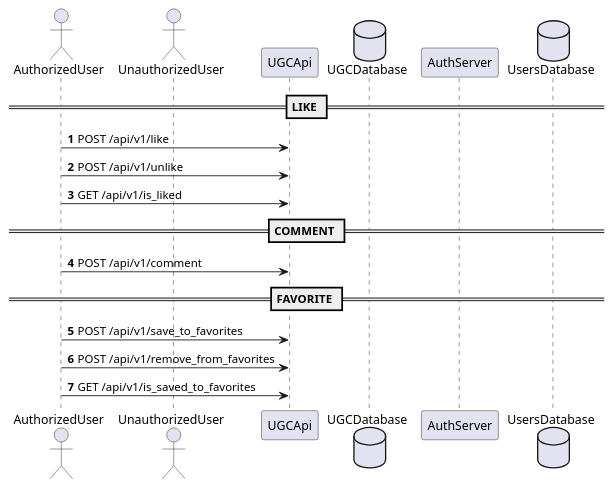
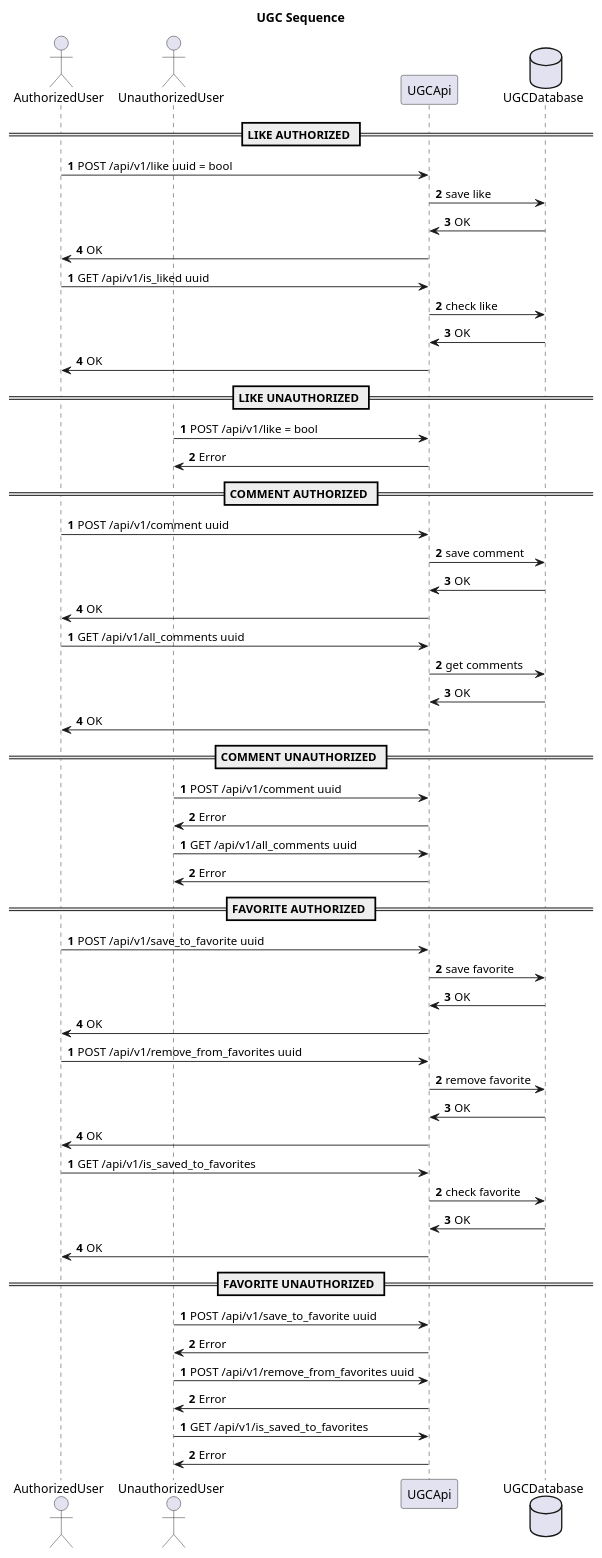
The diagram in docs/ugc-seq.puml (artwist-polyakov/Auth_sprint_1), drawn with PlantUML before and after one commit. The commit also changed 2 other files, not shown here.

Commit message:
описывает схему для ugc

```diff
--- a/docs/ugc-seq.puml
+++ b/docs/ugc-seq.puml
@@ -1,28 +1,97 @@
 @startuml
 'https://plantuml.com/sequence-diagram
+
+title UGC Sequence
 
 actor AuthorizedUser
 actor UnauthorizedUser
 participant UGCApi
 database UGCDatabase
-participant AuthServer
-database UsersDatabase
 
 
+
+
+== LIKE AUTHORIZED ==
 autonumber
+AuthorizedUser -> UGCApi: POST /api/v1/like uuid = bool
+UGCApi -> UGCDatabase: save like
+UGCDatabase -> UGCApi: OK
+UGCApi -> AuthorizedUser: OK
+autonumber stop
 
-== LIKE ==
+autonumber 1
+AuthorizedUser -> UGCApi: GET /api/v1/is_liked uuid
+UGCApi -> UGCDatabase: check like
+UGCDatabase -> UGCApi: OK
+UGCApi -> AuthorizedUser: OK
+autonumber stop
 
-AuthorizedUser -> UGCApi: POST /api/v1/like
-AuthorizedUser -> UGCApi: POST /api/v1/unlike
-AuthorizedUser -> UGCApi: GET /api/v1/is_liked
+== LIKE UNAUTHORIZED ==
 
-== COMMENT ==
-AuthorizedUser -> UGCApi: POST /api/v1/comment
+autonumber 1
+UnauthorizedUser -> UGCApi: POST /api/v1/like = bool
+UGCApi -> UnauthorizedUser: Error
+autonumber stop
+== COMMENT AUTHORIZED ==
+autonumber 1
+AuthorizedUser -> UGCApi: POST /api/v1/comment uuid
+UGCApi -> UGCDatabase: save comment
+UGCDatabase -> UGCApi: OK
+UGCApi -> AuthorizedUser: OK
+autonumber stop
 
-== FAVORITE ==
-AuthorizedUser -> UGCApi: POST /api/v1/save_to_favorites
-AuthorizedUser -> UGCApi: POST /api/v1/remove_from_favorites
+autonumber 1
+AuthorizedUser -> UGCApi: GET /api/v1/all_comments uuid
+UGCApi -> UGCDatabase: get comments
+UGCDatabase -> UGCApi: OK
+UGCApi -> AuthorizedUser: OK
+autonumber stop
+
+== COMMENT UNAUTHORIZED ==
+autonumber 1
+UnauthorizedUser -> UGCApi: POST /api/v1/comment uuid
+UGCApi -> UnauthorizedUser: Error
+autonumber stop
+autonumber 1
+UnauthorizedUser -> UGCApi: GET /api/v1/all_comments uuid
+UGCApi -> UnauthorizedUser: Error
+autonumber stop
+
+== FAVORITE AUTHORIZED ==
+
+autonumber 1
+AuthorizedUser -> UGCApi: POST /api/v1/save_to_favorite uuid
+UGCApi -> UGCDatabase: save favorite
+UGCDatabase -> UGCApi: OK
+UGCApi -> AuthorizedUser: OK
+autonumber stop
+autonumber 1
+AuthorizedUser -> UGCApi: POST /api/v1/remove_from_favorites uuid
+UGCApi -> UGCDatabase: remove favorite
+UGCDatabase -> UGCApi: OK
+UGCApi -> AuthorizedUser: OK
+autonumber stop
+autonumber 1
 AuthorizedUser -> UGCApi: GET /api/v1/is_saved_to_favorites
+UGCApi -> UGCDatabase: check favorite
+UGCDatabase -> UGCApi: OK
+UGCApi -> AuthorizedUser: OK
+autonumber stop
 
+
+== FAVORITE UNAUTHORIZED ==
+autonumber 1
+UnauthorizedUser -> UGCApi: POST /api/v1/save_to_favorite uuid
+UGCApi -> UnauthorizedUser: Error
+
+autonumber stop
+autonumber 1
+UnauthorizedUser -> UGCApi: POST /api/v1/remove_from_favorites uuid
+UGCApi -> UnauthorizedUser: Error
+autonumber stop
+
+autonumber 1
+UnauthorizedUser -> UGCApi: GET /api/v1/is_saved_to_favorites
+UGCApi -> UnauthorizedUser: Error
+autonumber stop
 @enduml
```
